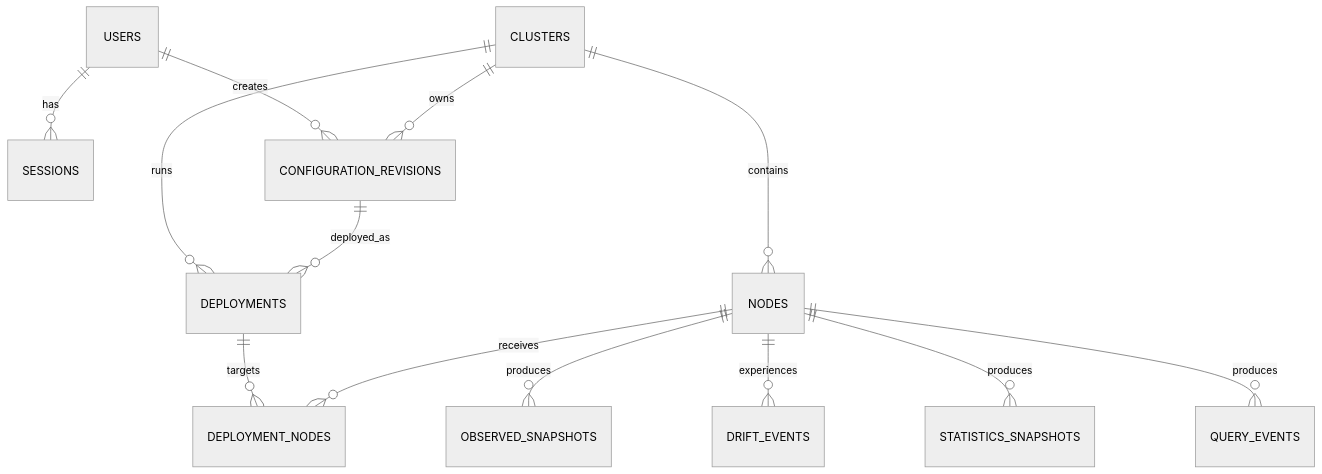
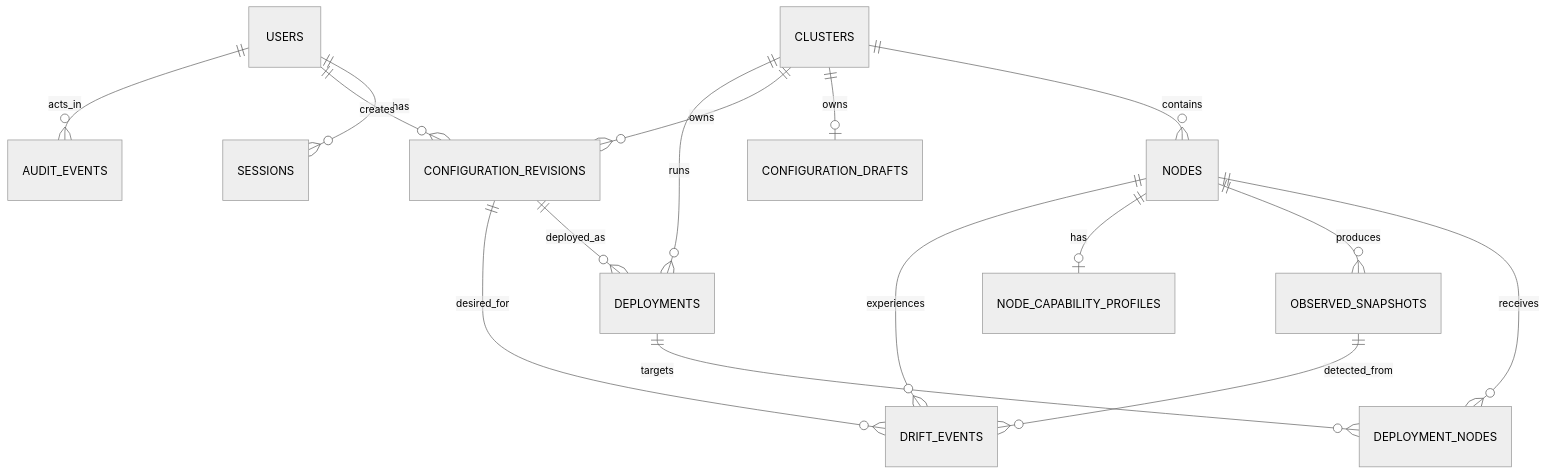
One commit to benchristian88/agh-ha-controller changed the diagram in docs/diagrams/database-erd.md. Above: the diagram before and after it, drawn with Mermaid (neutral theme). The commit also changed other lines of this file and 68 other files, not shown here.

````diff
--- a/docs/diagrams/database-erd.md
+++ b/docs/diagrams/database-erd.md
@@ -3,15 +3,18 @@
 ```mermaid
 erDiagram
     USERS ||--o{ SESSIONS : has
     USERS ||--o{ CONFIGURATION_REVISIONS : creates
+	USERS ||--o{ AUDIT_EVENTS : acts_in
     CLUSTERS ||--o{ NODES : contains
+	CLUSTERS ||--o| CONFIGURATION_DRAFTS : owns
     CLUSTERS ||--o{ CONFIGURATION_REVISIONS : owns
     CLUSTERS ||--o{ DEPLOYMENTS : runs
     CONFIGURATION_REVISIONS ||--o{ DEPLOYMENTS : deployed_as
     DEPLOYMENTS ||--o{ DEPLOYMENT_NODES : targets
     NODES ||--o{ DEPLOYMENT_NODES : receives
     NODES ||--o{ OBSERVED_SNAPSHOTS : produces
+	NODES ||--o| NODE_CAPABILITY_PROFILES : has
     NODES ||--o{ DRIFT_EVENTS : experiences
-    NODES ||--o{ STATISTICS_SNAPSHOTS : produces
-    NODES ||--o{ QUERY_EVENTS : produces
+	CONFIGURATION_REVISIONS ||--o{ DRIFT_EVENTS : desired_for
+	OBSERVED_SNAPSHOTS ||--o{ DRIFT_EVENTS : detected_from
 ```
````
